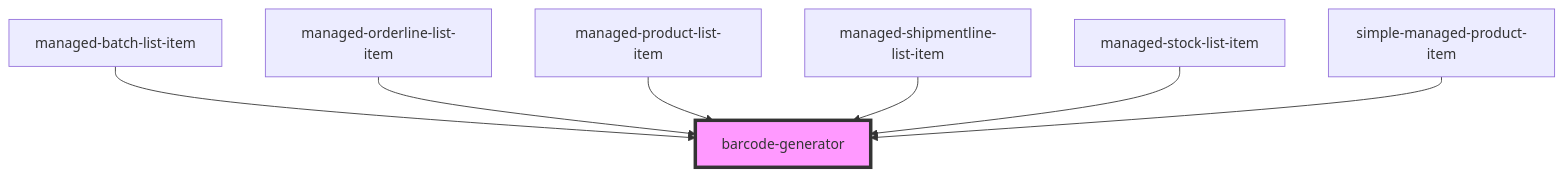
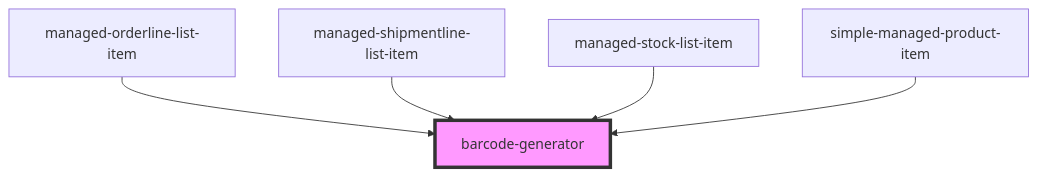
One commit to PharmaLedger-IMI/fgt-workspace changed the diagram in pdm-web-components/src/components/barcode-generator/readme.md. Above: the diagram before and after it, drawn with Mermaid. The commit also changed other lines of this file and 55 other files, not shown here.

````diff
--- a/pdm-web-components/src/components/barcode-generator/readme.md
+++ b/pdm-web-components/src/components/barcode-generator/readme.md
@@ -32,10 +30,8 @@
 ```mermaid
 graph TD;
-  managed-batch-list-item --> barcode-generator
   managed-orderline-list-item --> barcode-generator
-  managed-product-list-item --> barcode-generator
   managed-shipmentline-list-item --> barcode-generator
   managed-stock-list-item --> barcode-generator
   simple-managed-product-item --> barcode-generator
   style barcode-generator fill:#f9f,stroke:#333,stroke-width:4px
 ```
````
